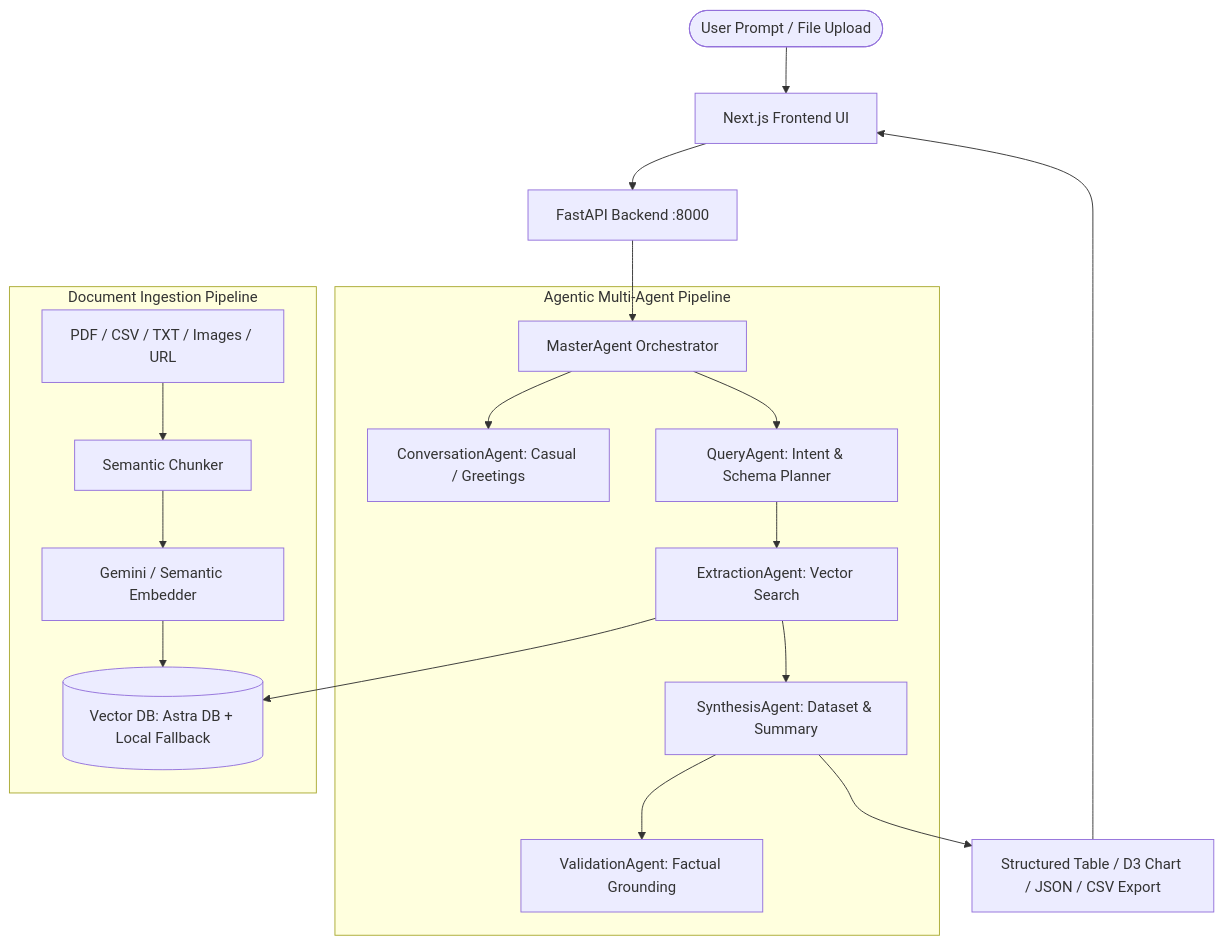
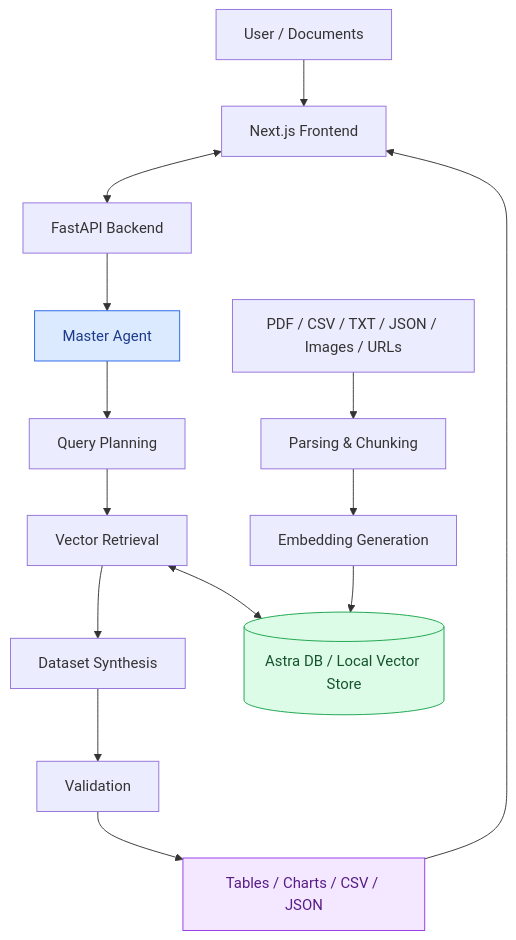
Before and after one commit to Maxonfernandes/RAGChat-AI-Agentic-Document-Intelligence-Dataset-Curation: the diagram in README.md, drawn with Mermaid. The commit also changed other lines of this file, not shown here.

````diff
--- a/README.md
+++ b/README.md
@@ -57,26 +13,23 @@
 ```mermaid
-graph TD
-    User([User Prompt / File Upload]) --> UI[Next.js Frontend UI]
-    UI --> API[FastAPI Backend :8000]
-    
-    subgraph MultiAgent [Agentic Multi-Agent Pipeline]
-        Master[MasterAgent Orchestrator]
-        Master --> Conv[ConversationAgent: Casual / Greetings]
-        Master --> Query[QueryAgent: Intent & Schema Planner]
-        Query --> Extract[ExtractionAgent: Vector Search]
-        Extract --> Synth[SynthesisAgent: Dataset & Summary]
-        Synth --> Valid[ValidationAgent: Factual Grounding]
-    end
-    
-    API --> Master
-    Extract --> VDB[(Vector DB: Astra DB + Local Fallback)]
-    
-    subgraph Ingestion [Document Ingestion Pipeline]
-        Doc[PDF / CSV / TXT / Images / URL] --> Chunker[Semantic Chunker]
-        Chunker --> Embedder[Gemini / Semantic Embedder]
-        Embedder --> VDB
-    end
+flowchart TD
+    A[User / Documents] --> B[Next.js Frontend]
+    B <--> C[FastAPI Backend]
 
-    Synth --> Results[Structured Table / D3 Chart / JSON / CSV Export]
-    Results --> UI
+    C --> D[Master Agent]
+    D --> E[Query Planning]
+    E --> F[Vector Retrieval]
+    F --> G[Dataset Synthesis]
+    G --> H[Validation]
+    H --> I[Tables / Charts / CSV / JSON]
+
+    J[PDF / CSV / TXT / JSON / Images / URLs] --> K[Parsing & Chunking]
+    K --> L[Embedding Generation]
+    L --> M[(Astra DB / Local Vector Store)]
+    F <--> M
+
+    I --> B
+
+    style D fill:#dbeafe,stroke:#2563eb,color:#1e3a8a
+    style M fill:#dcfce7,stroke:#16a34a,color:#14532d
+    style I fill:#f3e8ff,stroke:#9333ea,color:#581c87
 ```
````
